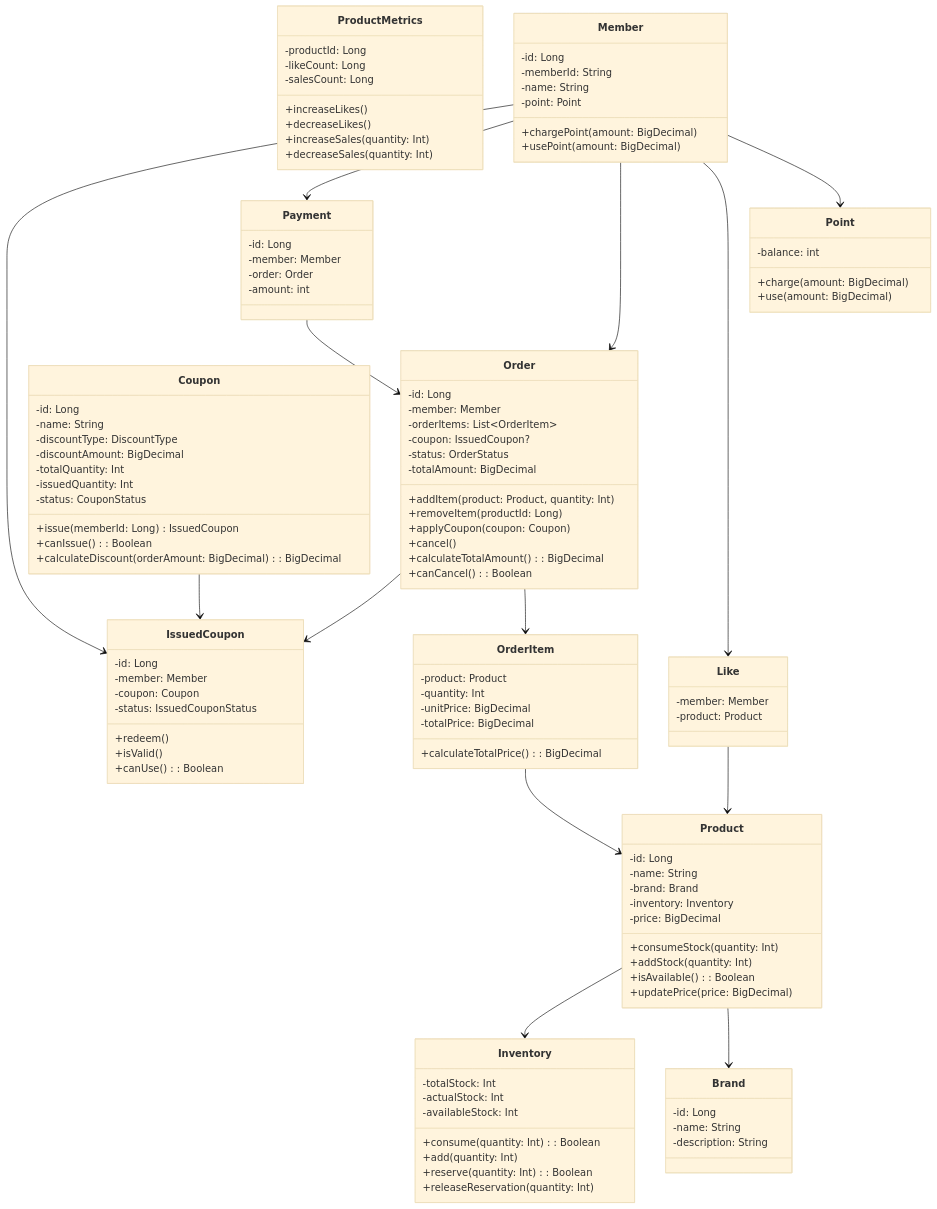
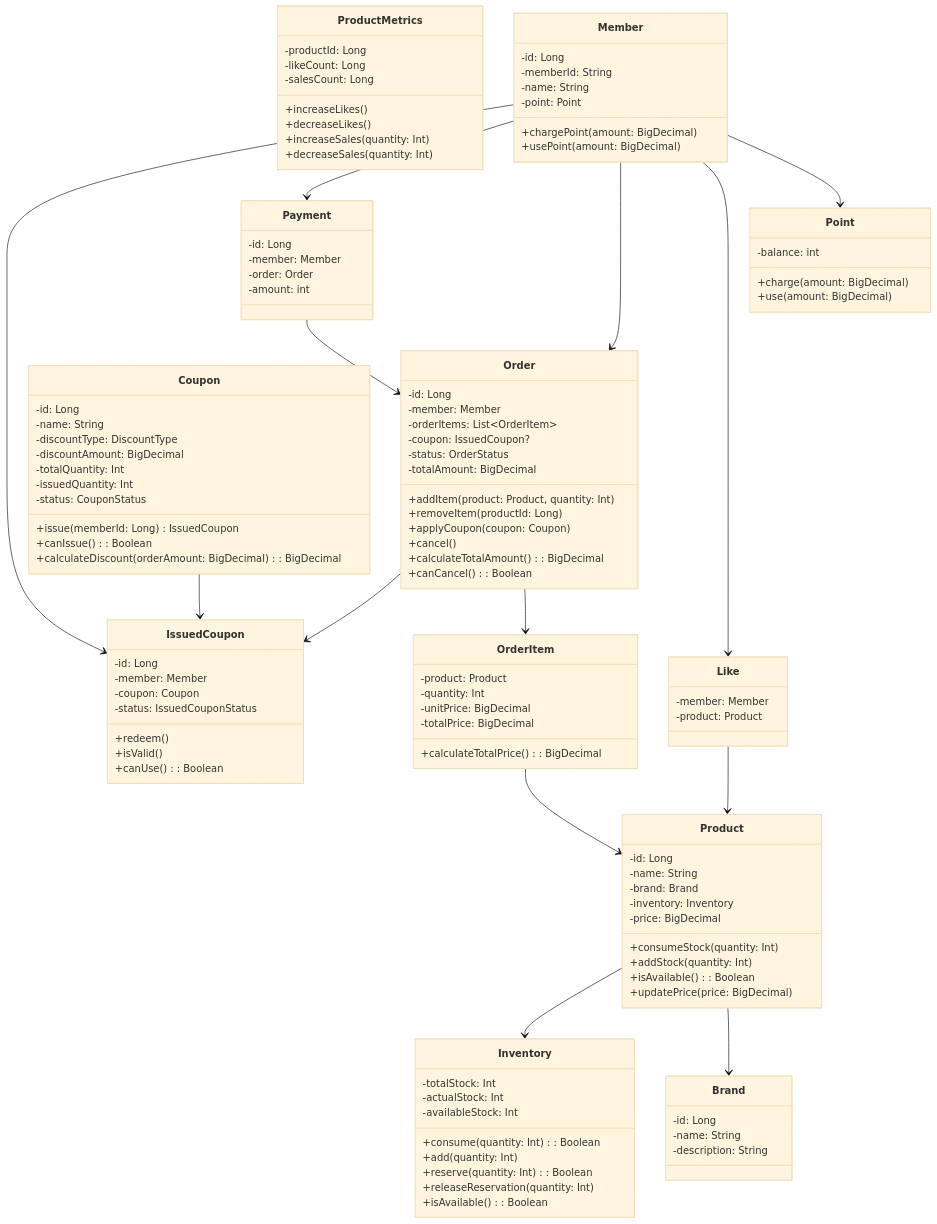
Before and after one commit to o3ozzvb/kotlin-ecommerce: the diagram in docs/design/03-class-diagrams.md, drawn with Mermaid (base theme). The commit also changed 5 other files, not shown here.

```diff
--- a/docs/design/03-class-diagrams.md
+++ b/docs/design/03-class-diagrams.md
@@ -29,6 +29,7 @@
 	  +add(quantity: Int)
 	  +reserve(quantity: Int): Boolean
 	  +releaseReservation(quantity: Int)
+	  +isAvailable(): Boolean
   }
   class Brand {
     -id: Long 
```
